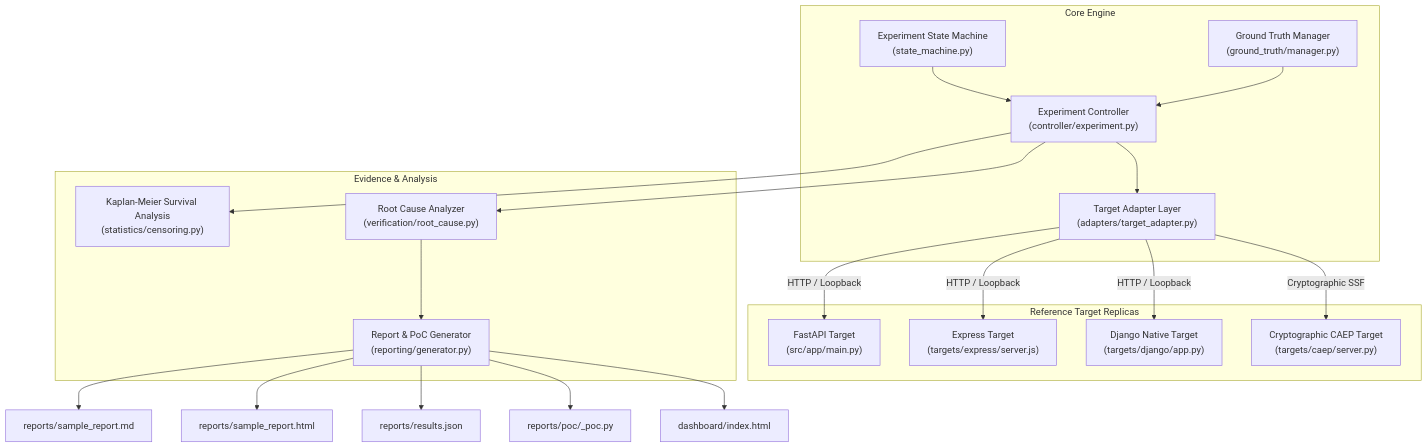
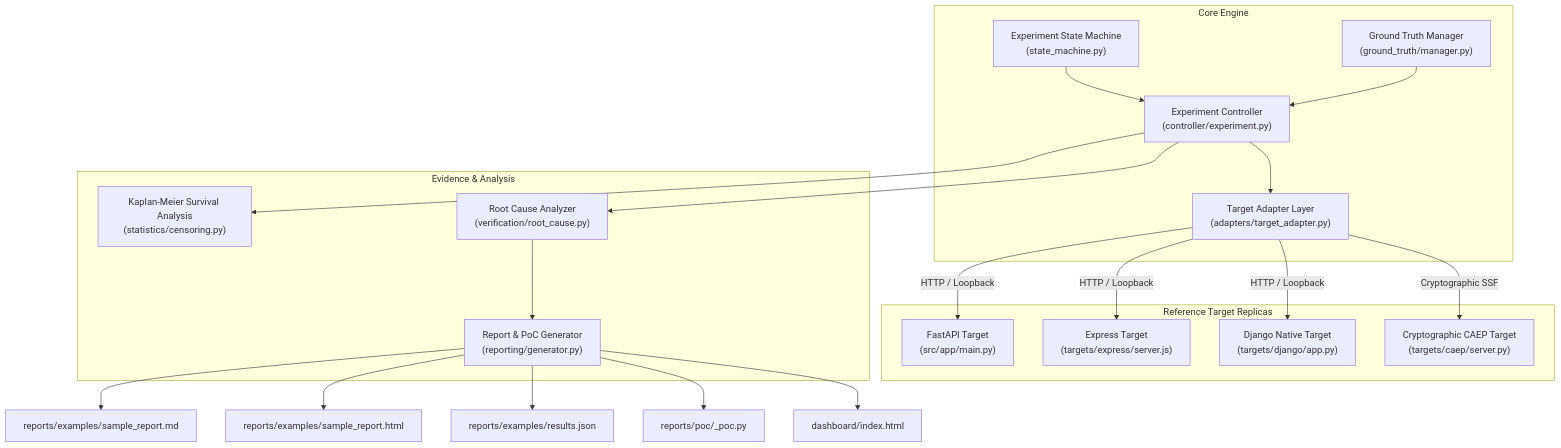
One commit to Saisandeep05/AuthTime changed the diagram in README.md. Above: the diagram before and after it, drawn with Mermaid. The commit also changed other lines of this file and 9 other files, not shown here.

Commit message:
Organized the documentation, sample reports, and README navigation

````diff
--- a/README.md
+++ b/README.md
@@ -91,40 +130,40 @@
 ```mermaid
 flowchart TD
     subgraph Core Engine
         CSM["Experiment State Machine\n(state_machine.py)"]
         GTM["Ground Truth Manager\n(ground_truth/manager.py)"]
         EC["Experiment Controller\n(controller/experiment.py)"]
         TA["Target Adapter Layer\n(adapters/target_adapter.py)"]
     end
 
     subgraph Reference Target Replicas
         FAP["FastAPI Target\n(src/app/main.py)"]
         EXP["Express Target\n(targets/express/server.js)"]
         DJG["Django Native Target\n(targets/django/app.py)"]
         CAEP["Cryptographic CAEP Target\n(targets/caep/server.py)"]
     end
 
     subgraph Evidence & Analysis
         KM["Kaplan-Meier Survival Analysis\n(statistics/censoring.py)"]
         RCA["Root Cause Analyzer\n(verification/root_cause.py)"]
         RG["Report & PoC Generator\n(reporting/generator.py)"]
     end
 
     CSM --> EC
     GTM --> EC
     EC --> TA
     TA -->|HTTP / Loopback| FAP
     TA -->|HTTP / Loopback| EXP
     TA -->|HTTP / Loopback| DJG
     TA -->|Cryptographic SSF| CAEP
 
     EC --> KM
     EC --> RCA
     RCA --> RG
 
-    RG --> MD["reports/sample_report.md"]
-    RG --> HTML["reports/sample_report.html"]
-    RG --> JSON["reports/results.json"]
+    RG --> MD["reports/examples/sample_report.md"]
+    RG --> HTML["reports/examples/sample_report.html"]
+    RG --> JSON["reports/examples/results.json"]
     RG --> POC["reports/poc/<exp>_poc.py"]
     RG --> DASH["dashboard/index.html"]
 ```
````
